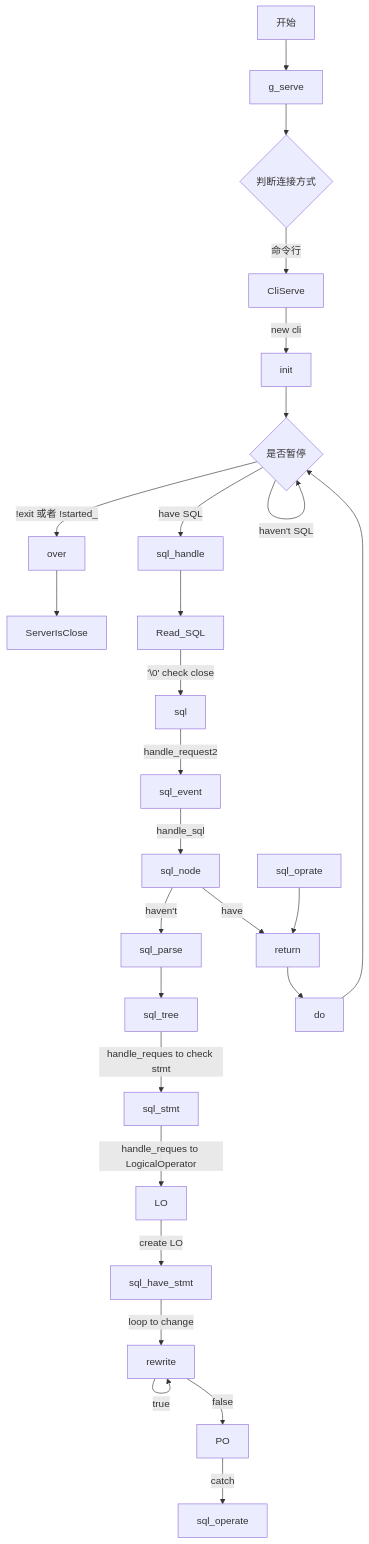
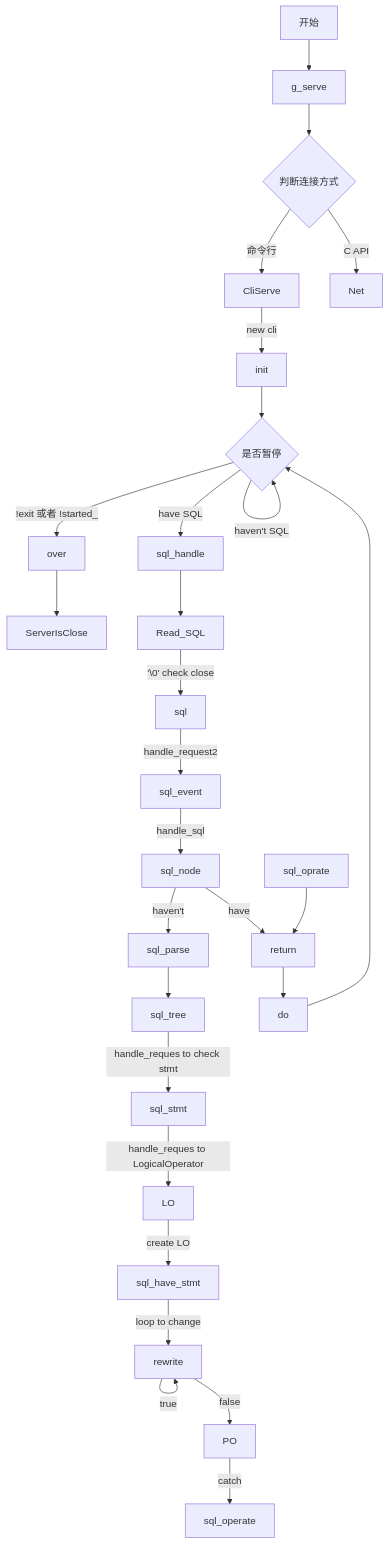
Before and after one commit to jyoushitou/Blog-Article: the diagram in article/2026_09_26.md, drawn with Mermaid.

Commit message:
20260926v15

````diff
--- a/article/2026_09_26.md
+++ b/article/2026_09_26.md
@@ -208,29 +208,30 @@
 ```mermaid
 graph TD
   main[开始] --> g_serve
   g_serve --> serve{判断连接方式}
   serve -->|命令行| cli[CliServe]
   cli --> |new cli| init
   init --> while{是否暂停}
   while --> |have SQL| sql_handle
   while --> |haven't SQL| while
   while --> |!exit 或者 !started_ | over
   over --> ServerIsClose
   sql_handle --> Read_SQL
   Read_SQL --> |'\0' check close| sql
   sql -->  |handle_request2| sql_event
   sql_event --> |handle_sql| sql_node
   sql_node --> |have| return 
   sql_node --> |haven't| sql_parse
   sql_parse --> sql_tree
   sql_tree --> |handle_reques to check stmt| sql_stmt
   sql_stmt --> |handle_reques to LogicalOperator| LO
   LO --> |create LO| sql_have_stmt
   sql_have_stmt --> |loop to change| rewrite
   rewrite --> |true| rewrite
   rewrite --> |false| PO
   PO --> |catch| sql_operate
   sql_oprate -->return  
   return --> do
   do -->while
+  serve --> |C API| Net
 ```
````
